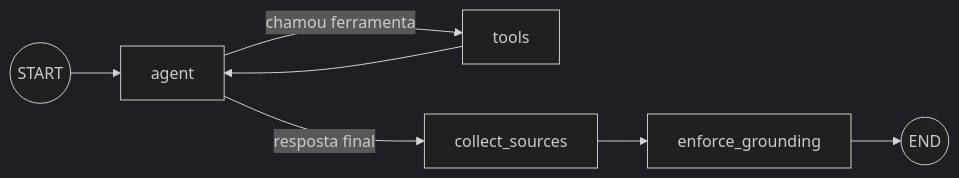
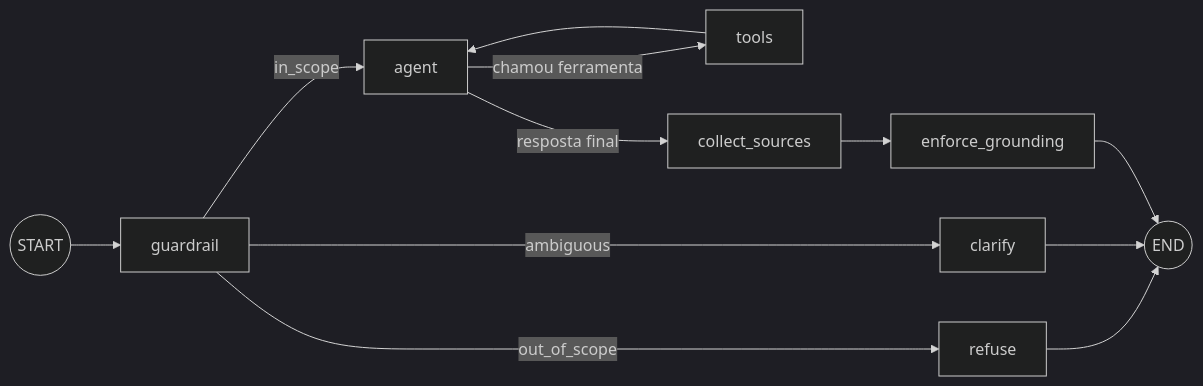
The diagram in README.md (SamuelCarlosSilva/financial-agent), drawn with Mermaid (dark theme) before and after one commit. The commit also changed other lines of this file and 1 other file, not shown here.

````diff
--- a/README.md
+++ b/README.md
@@ -45,9 +46,14 @@
 ```mermaid
 flowchart LR
-    START((START)) --> agent
+    START((START)) --> guardrail
+    guardrail -- "in_scope" --> agent
+    guardrail -- "out_of_scope" --> refuse
+    guardrail -- "ambiguous" --> clarify
+    refuse --> END((END))
+    clarify --> END
     agent -- "chamou ferramenta" --> tools
     tools --> agent
     agent -- "resposta final" --> collect_sources
     collect_sources --> enforce_grounding
-    enforce_grounding --> END((END))
+    enforce_grounding --> END
 ```
````
